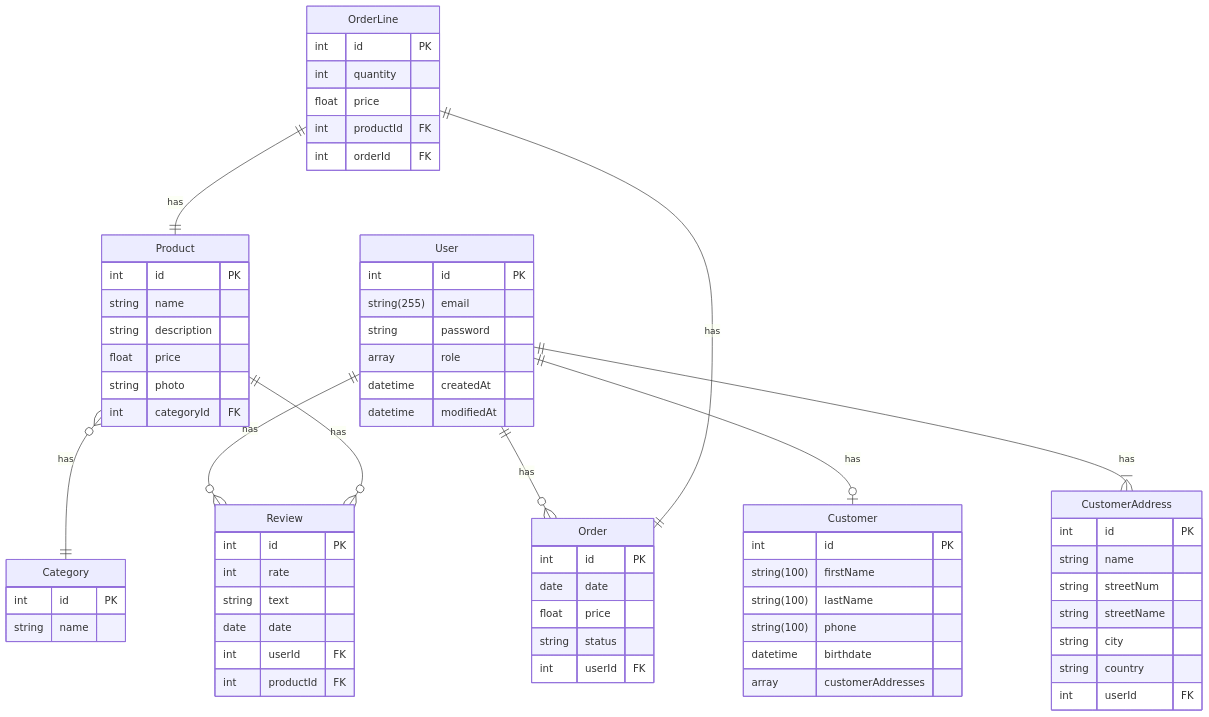
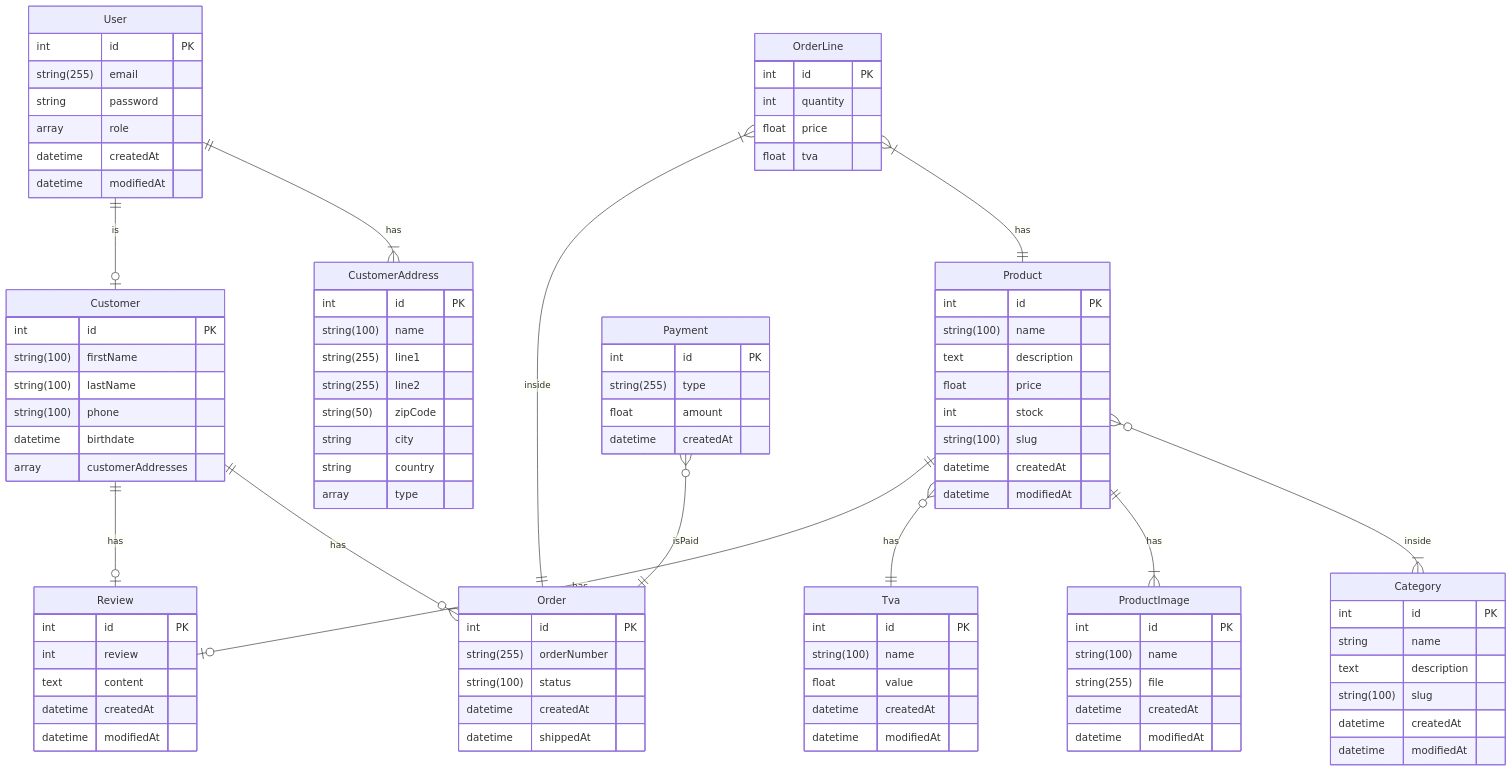
The diagram in readme.md (ValtnM/projet-e-commerce-symfony), drawn with Mermaid before and after one commit. The commit also changed 49 other files, not shown here.

````diff
--- a/readme.md
+++ b/readme.md
@@ -70,60 +70,92 @@
 
         CustomerAddress {
             int id PK
-            string name
-            string streetNum
-            string streetName
+            string(100) name
+            string(255) line1
+            string(255) line2
+            string(50) zipCode
             string city
             string country
-            int userId FK
+            array type
+        }
+
+
+        Product {
+            int id PK
+            string(100) name
+            text description
+            float price
+            int stock
+            string(100) slug
+            datetime createdAt
+            datetime modifiedAt
+        }
+
+        Tva {
+            int id PK
+            string(100) name
+            float value
+            datetime createdAt
+            datetime modifiedAt
+        }
+
+        ProductImage {
+            int id PK
+            string(100) name
+            string(255) file
+            datetime createdAt
+            datetime modifiedAt
         }
 
         Category {
             int id PK
             string name
-        }
-
-        Product {
-            int id PK
-            string name
-            string description
-            float price
-            string photo
-            int categoryId FK
+            text description
+            string(100) slug
+            datetime createdAt
+            datetime modifiedAt
         }
 
         Review {
             int id PK
-            int rate
-            string text
-            date date
-            int userId FK
-            int productId FK
+            int review
+            text content
+            datetime createdAt
+            datetime modifiedAt
         }
 
         Order {
             int id PK
-            date date
-            float price
-            string status
-            int userId FK
+            string(255) orderNumber
+            string(100) status
+            datetime createdAt
+            datetime shippedAt
         }
 
         OrderLine {
             int id PK
             int quantity
             float price
-            int productId FK
-            int orderId FK
+            float tva
         }
 
-        User ||--o| Customer : has
+        Payment {
+            int id PK
+            string(255) type
+            float amount
+            datetime createdAt
+        }
+
+        User ||--o| Customer : is
         User ||--|{ CustomerAddress : has
-        User ||--o{ Review : has
-        User ||--o{ Order : has
-        Product }o--|| Category : has
-        Product ||--o{ Review : has
-        OrderLine ||--|| Product : has
-        OrderLine ||--|| Order : has
+        Customer ||--o| Review : has
+        Product ||--o| Review : has
+        Product }o--|| Tva : has
+        Product ||--|{ ProductImage : has
+        Product }o--|{ Category : inside
+        OrderLine }|--|| Order : inside
+        Payment }o--|| Order : isPaid
+        Customer ||--o{ Order : has
+        OrderLine }|--|| Product : has
 
  ```
````
